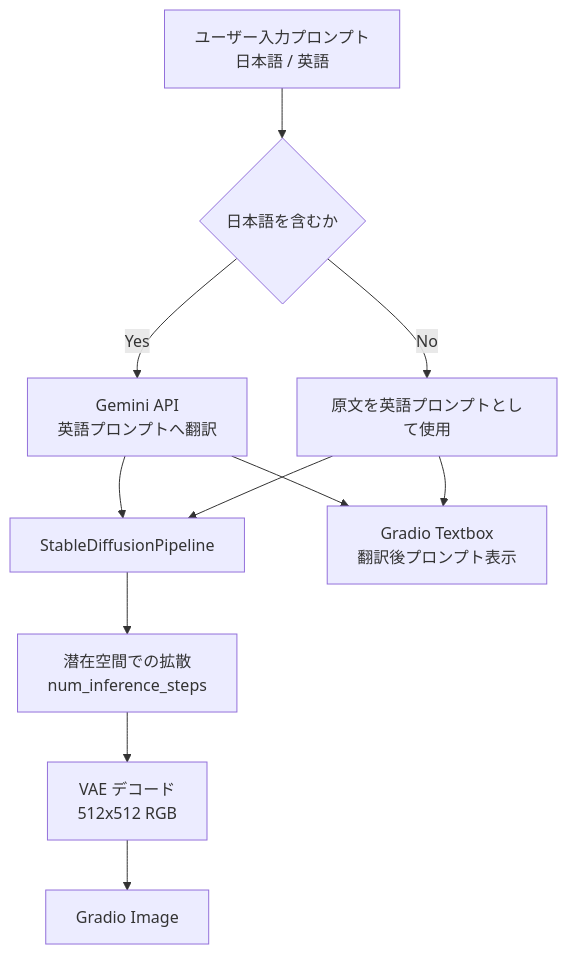
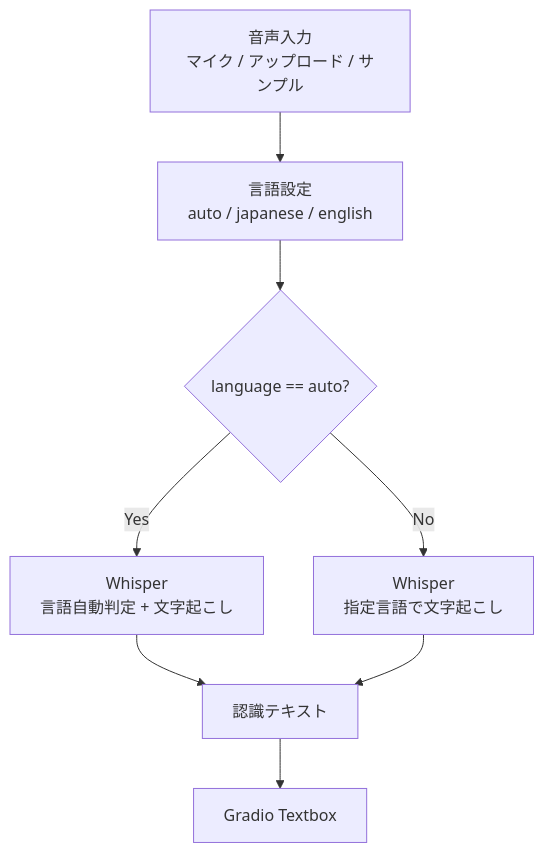
The first of 2 diagrams in document.md (yryo1005/OpenCampus_Demo), drawn with Mermaid before and after one commit. The commit also changed other lines of this file and 3 other files, not shown here.

````diff
--- a/document.md
+++ b/document.md
@@ -33,13 +32,10 @@
 ```mermaid
 flowchart TD
-    A[ユーザー入力プロンプト<br/>日本語 / 英語] --> B{日本語を含むか}
-    B -->|Yes| C[Gemini API<br/>英語プロンプトへ翻訳]
-    B -->|No| D[原文を英語プロンプトとして使用]
-    C --> E[StableDiffusionPipeline]
-    D --> E
-    E --> F[潜在空間での拡散<br/>num_inference_steps]
-    F --> G[VAE デコード<br/>512x512 RGB]
-    G --> H[Gradio Image]
-    C --> I[Gradio Textbox<br/>翻訳後プロンプト表示]
-    D --> I
+    A[音声入力<br/>マイク / アップロード / サンプル] --> B[言語設定<br/>auto / japanese / english]
+    B --> C{language == auto?}
+    C -->|Yes| D[Whisper<br/>言語自動判定 + 文字起こし]
+    C -->|No| E[Whisper<br/>指定言語で文字起こし]
+    D --> F[認識テキスト]
+    E --> F
+    F --> G[Gradio Textbox]
 ```
````
